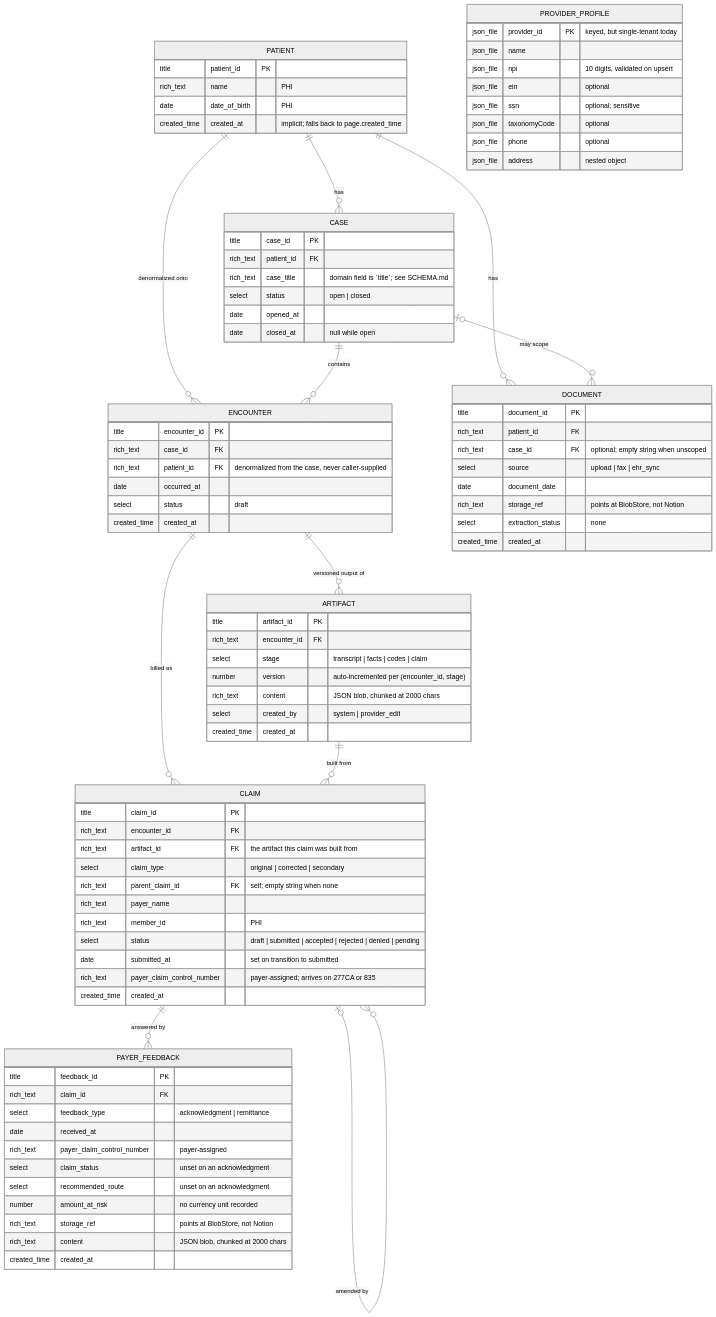
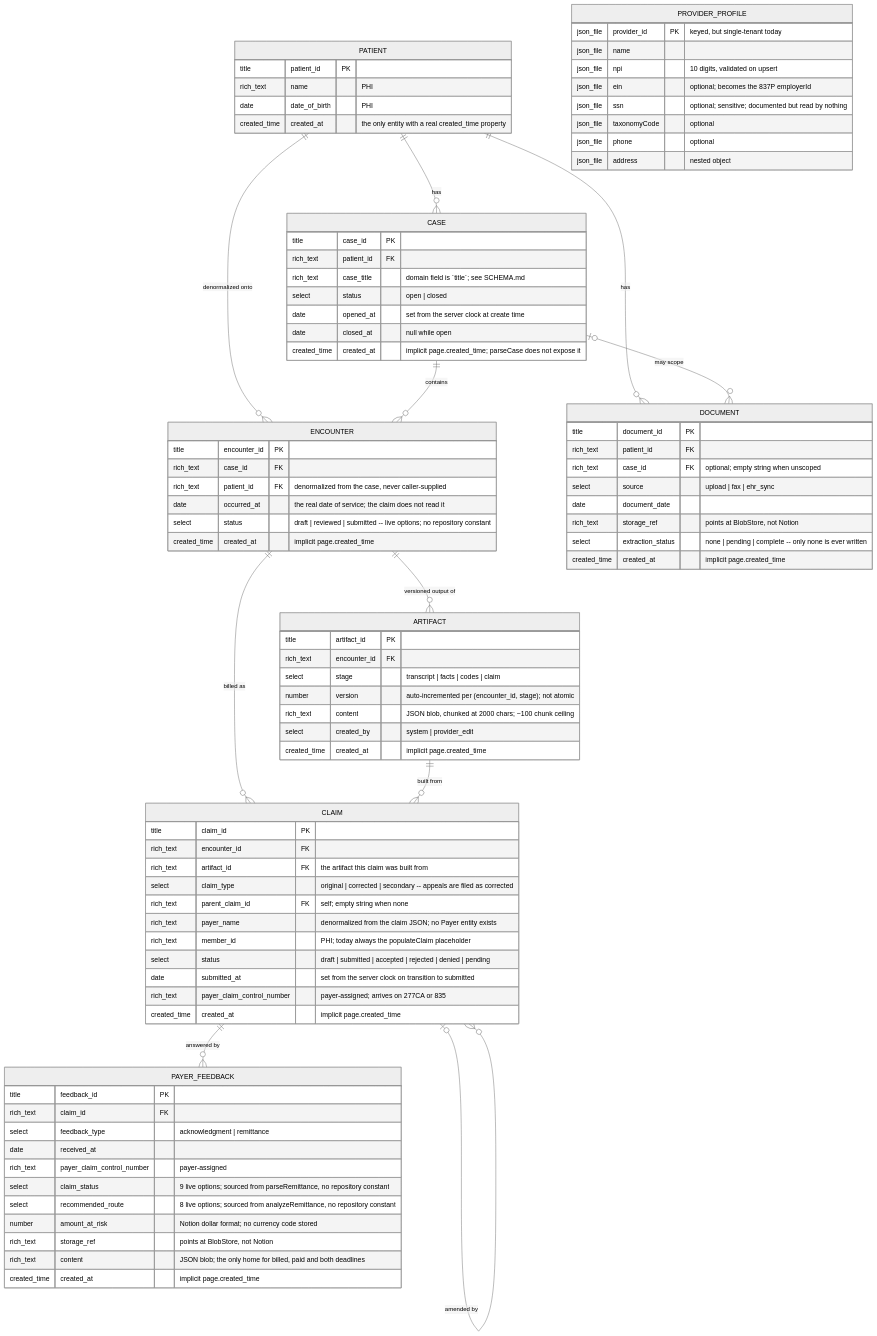
One commit to Ruby-CO/Ruby-Health changed the diagram in docs/data/schema.mermaid. Above: the diagram before and after it, drawn with Mermaid (neutral theme). The commit also changed 5 other files, not shown here.

```diff
--- a/docs/data/schema.mermaid
+++ b/docs/data/schema.mermaid
@@ -1,109 +1,116 @@
 erDiagram
 
     %% Ruby Health -- data model ERD
     %% Generated by the `data-model` agent (.claude/agents/data-model.md).
     %% Regenerated on each run; do not hand-edit -- edit the source and re-run.
     %% Source: backend/src/repository/NotionRepository.js (parse*/create* pairs)
+    %% Verified against the live Notion databases under the "Ruby App Data
+    %%         (Chunk 1 -- synthetic only)" page on 2026-09-13. Property names,
+    %%         types and select option lists below are the live schema.
     %% Store:  Notion databases, one per entity. Types below are Notion property
     %%         types, not SQL types. `title` is the Notion title property.
     %% Note:   every FK is soft -- plain rich_text, not a Notion relation. Nothing
     %%         enforces that a referenced row exists or still exists.
+    %% Note:   `created_at` is a real created_time property on Patients only.
+    %%         Every other entity has no such property; parse* falls back to the
+    %%         Notion page's own created_time, so it is shown as implicit.
 
     PATIENT ||--o{ CASE : "has"
     PATIENT ||--o{ ENCOUNTER : "denormalized onto"
     PATIENT ||--o{ DOCUMENT : "has"
     CASE ||--o{ ENCOUNTER : "contains"
     CASE |o--o{ DOCUMENT : "may scope"
     ENCOUNTER ||--o{ ARTIFACT : "versioned output of"
     ENCOUNTER ||--o{ CLAIM : "billed as"
     ARTIFACT ||--o{ CLAIM : "built from"
     CLAIM |o--o{ CLAIM : "amended by"
     CLAIM ||--o{ PAYER_FEEDBACK : "answered by"
 
     PATIENT {
         title patient_id PK
         rich_text name "PHI"
         date date_of_birth "PHI"
-        created_time created_at "implicit; falls back to page.created_time"
+        created_time created_at "the only entity with a real created_time property"
     }
 
     CASE {
         title case_id PK
         rich_text patient_id FK
         rich_text case_title "domain field is `title`; see SCHEMA.md"
         select status "open | closed"
-        date opened_at
+        date opened_at "set from the server clock at create time"
         date closed_at "null while open"
+        created_time created_at "implicit page.created_time; parseCase does not expose it"
     }
 
     ENCOUNTER {
         title encounter_id PK
         rich_text case_id FK
         rich_text patient_id FK "denormalized from the case, never caller-supplied"
-        date occurred_at
-        select status "draft"
-        created_time created_at
+        date occurred_at "the real date of service; the claim does not read it"
+        select status "draft | reviewed | submitted -- live options; no repository constant"
+        created_time created_at "implicit page.created_time"
     }
 
     ARTIFACT {
         title artifact_id PK
         rich_text encounter_id FK
         select stage "transcript | facts | codes | claim"
-        number version "auto-incremented per (encounter_id, stage)"
-        rich_text content "JSON blob, chunked at 2000 chars"
+        number version "auto-incremented per (encounter_id, stage); not atomic"
+        rich_text content "JSON blob, chunked at 2000 chars; ~100 chunk ceiling"
         select created_by "system | provider_edit"
-        created_time created_at
+        created_time created_at "implicit page.created_time"
     }
 
     CLAIM {
         title claim_id PK
         rich_text encounter_id FK
         rich_text artifact_id FK "the artifact this claim was built from"
-        select claim_type "original | corrected | secondary"
+        select claim_type "original | corrected | secondary -- appeals are filed as corrected"
         rich_text parent_claim_id FK "self; empty string when none"
-        rich_text payer_name
-        rich_text member_id "PHI"
+        rich_text payer_name "denormalized from the claim JSON; no Payer entity exists"
+        rich_text member_id "PHI; today always the populateClaim placeholder"
         select status "draft | submitted | accepted | rejected | denied | pending"
-        date submitted_at "set on transition to submitted"
+        date submitted_at "set from the server clock on transition to submitted"
         rich_text payer_claim_control_number "payer-assigned; arrives on 277CA or 835"
-        created_time created_at
+        created_time created_at "implicit page.created_time"
     }
 
     PAYER_FEEDBACK {
         title feedback_id PK
         rich_text claim_id FK
         select feedback_type "acknowledgment | remittance"
         date received_at
         rich_text payer_claim_control_number "payer-assigned"
-        select claim_status "unset on an acknowledgment"
-        select recommended_route "unset on an acknowledgment"
-        number amount_at_risk "no currency unit recorded"
+        select claim_status "9 live options; sourced from parseRemittance, no repository constant"
+        select recommended_route "8 live options; sourced from analyzeRemittance, no repository constant"
+        number amount_at_risk "Notion dollar format; no currency code stored"
         rich_text storage_ref "points at BlobStore, not Notion"
-        rich_text content "JSON blob, chunked at 2000 chars"
-        created_time created_at
+        rich_text content "JSON blob; the only home for billed, paid and both deadlines"
+        created_time created_at "implicit page.created_time"
     }
 
     DOCUMENT {
         title document_id PK
         rich_text patient_id FK
         rich_text case_id FK "optional; empty string when unscoped"
         select source "upload | fax | ehr_sync"
         date document_date
         rich_text storage_ref "points at BlobStore, not Notion"
-        select extraction_status "none"
-        created_time created_at
+        select extraction_status "none | pending | complete -- only none is ever written"
+        created_time created_at "implicit page.created_time"
     }
 
     %% Not in the repository and not in Notion: a JSON file on ephemeral disk
     %% (backend/src/providerProfiles.js). Every claim carries this data, but
     %% no Claim row references a provider, so it has no edge on this diagram.
     PROVIDER_PROFILE {
         json_file provider_id PK "keyed, but single-tenant today"
         json_file name
         json_file npi "10 digits, validated on upsert"
-        json_file ein "optional"
-        json_file ssn "optional; sensitive"
+        json_file ein "optional; becomes the 837P employerId"
+        json_file ssn "optional; sensitive; documented but read by nothing"
         json_file taxonomyCode "optional"
         json_file phone "optional"
         json_file address "nested object"
     }
```
